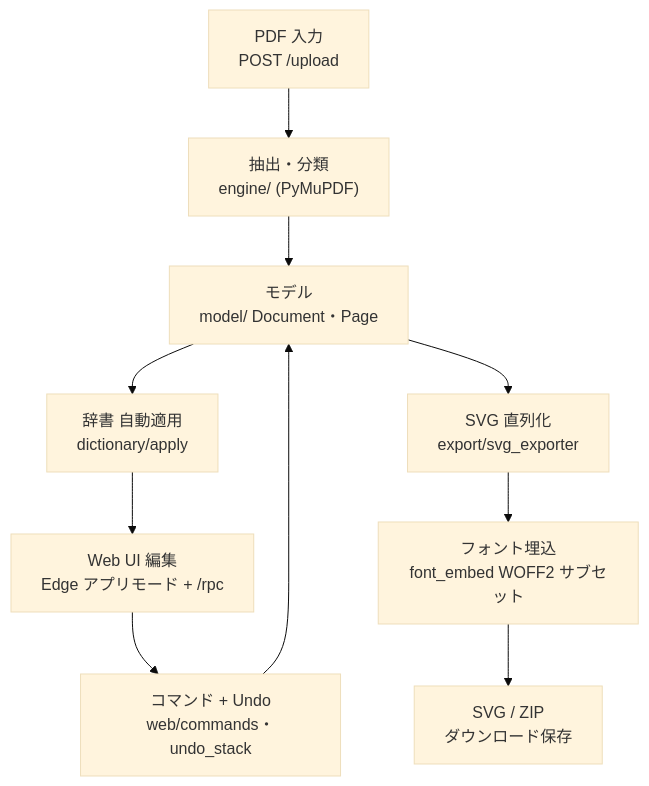
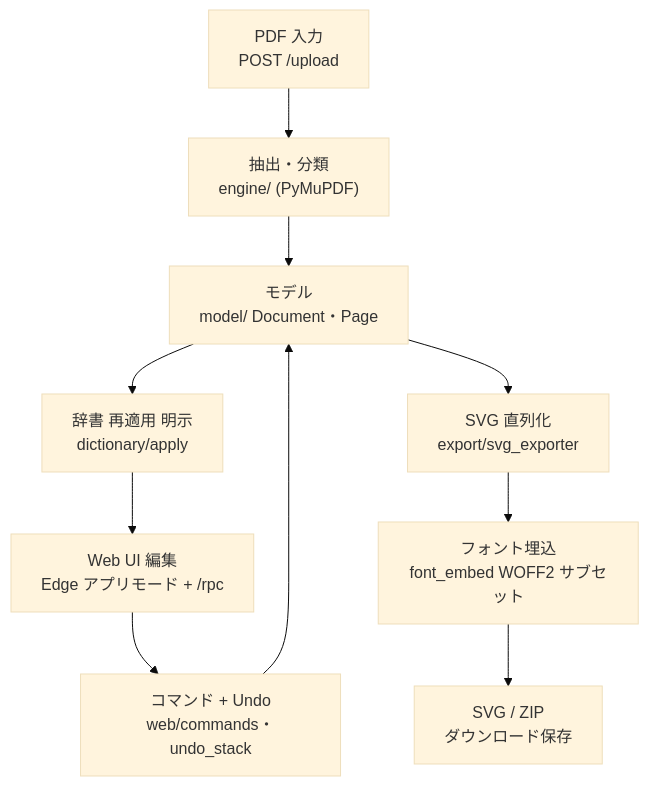
One commit to koichi-araki-0801/workspace changed the diagram in docs/pdf-to-svg/src/設計正典.md. Above: the diagram before and after it, drawn with Mermaid (base theme). The commit also changed other lines of this file and 27 other files, not shown here.

````diff
--- a/docs/pdf-to-svg/src/設計正典.md
+++ b/docs/pdf-to-svg/src/設計正典.md
@@ -18,12 +19,12 @@
 ```mermaid
 flowchart TD
   IN["PDF 入力<br/>POST /upload"] --> ENG["抽出・分類<br/>engine/ (PyMuPDF)"]
   ENG --> DOC["モデル<br/>model/ Document・Page"]
-  DOC --> DICT["辞書 自動適用<br/>dictionary/apply"]
+  DOC --> DICT["辞書 再適用 明示<br/>dictionary/apply"]
   DICT --> UI["Web UI 編集<br/>Edge アプリモード + /rpc"]
   UI --> CMD["コマンド + Undo<br/>web/commands・undo_stack"]
   CMD --> DOC
   DOC --> EXP["SVG 直列化<br/>export/svg_exporter"]
   EXP --> FONT["フォント埋込<br/>font_embed WOFF2 サブセット"]
   FONT --> OUT["SVG / ZIP<br/>ダウンロード保存"]
 ```
````
